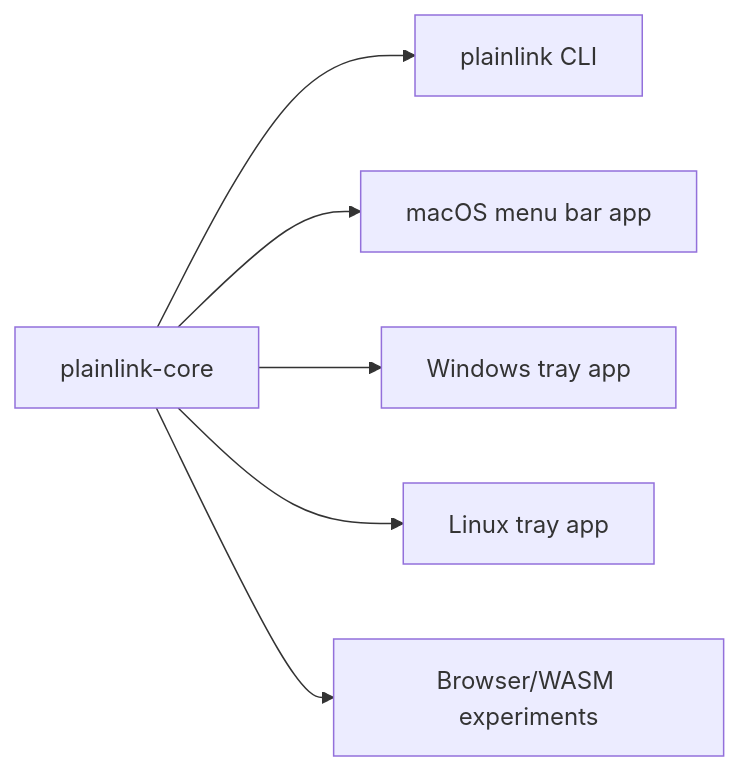
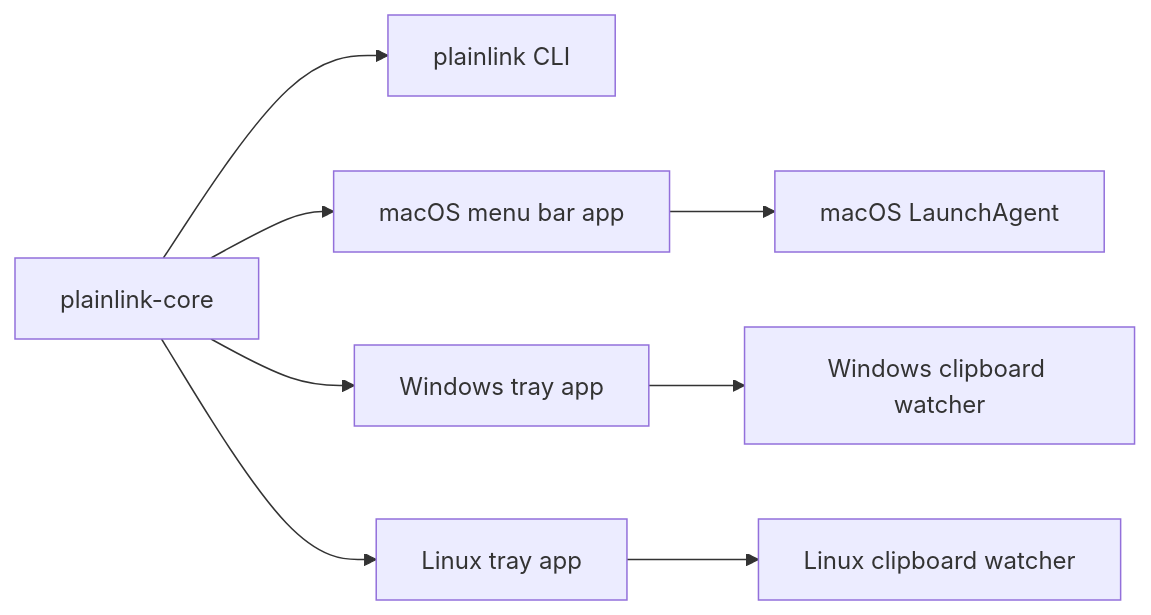
Before and after one commit to HexCodeYT/PlainLink: the third of 3 diagrams in docs/ARCHITECTURE.md, drawn with Mermaid. The commit also changed other lines of this file and 5 other files, not shown here.

````diff
--- a/docs/ARCHITECTURE.md
+++ b/docs/ARCHITECTURE.md
@@ -73,8 +86,10 @@
 ```mermaid
 flowchart LR
     Core["plainlink-core"] --> CLI["plainlink CLI"]
     Core --> Mac["macOS menu bar app"]
     Core --> Win["Windows tray app"]
     Core --> Linux["Linux tray app"]
-    Core --> WASM["Browser/WASM experiments"]
+    Mac --> Agent["macOS LaunchAgent"]
+    Win --> WinWatch["Windows clipboard watcher"]
+    Linux --> LinuxWatch["Linux clipboard watcher"]
 ```
````
